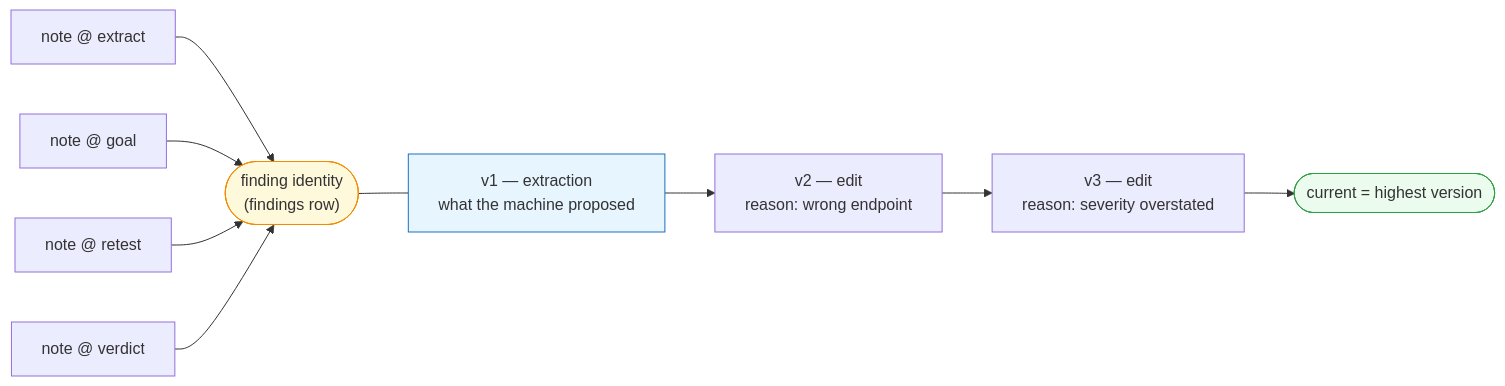
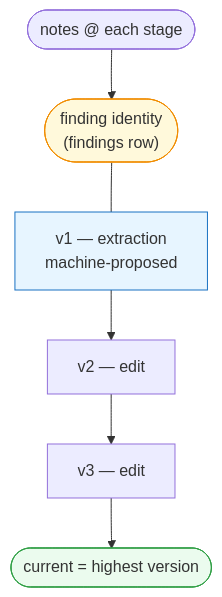
Before and after one commit to SelfishCoconut/revalid: the third of 6 diagrams in docs/architecture/data-model.md, drawn with Mermaid. The commit also changed other lines of this file and 17 other files, not shown here.

````diff
--- a/docs/architecture/data-model.md
+++ b/docs/architecture/data-model.md
@@ -165,19 +162,16 @@
 ```mermaid
-flowchart LR
-    A["v1 — extraction<br/>what the machine proposed"]
-    B["v2 — edit<br/>reason: wrong endpoint"]
-    C["v3 — edit<br/>reason: severity overstated"]
+flowchart TB
+    A["v1 — extraction<br/>machine-proposed"]
+    B["v2 — edit"]
+    C["v3 — edit"]
     D(["current = highest version"])
     A --> B --> C --> D
 
     F(["finding identity<br/>(findings row)"])
     F --- A
-    N1["note @ extract"] --> F
-    N2["note @ goal"] --> F
-    N3["note @ retest"] --> F
-    N4["note @ verdict"] --> F
+    N(["notes @ each stage"]) --> F
 
     style A fill:#e7f5ff,stroke:#1971c2
     style D fill:#ebfbee,stroke:#2f9e44
     style F fill:#fff9db,stroke:#f08c00
 ```
````
